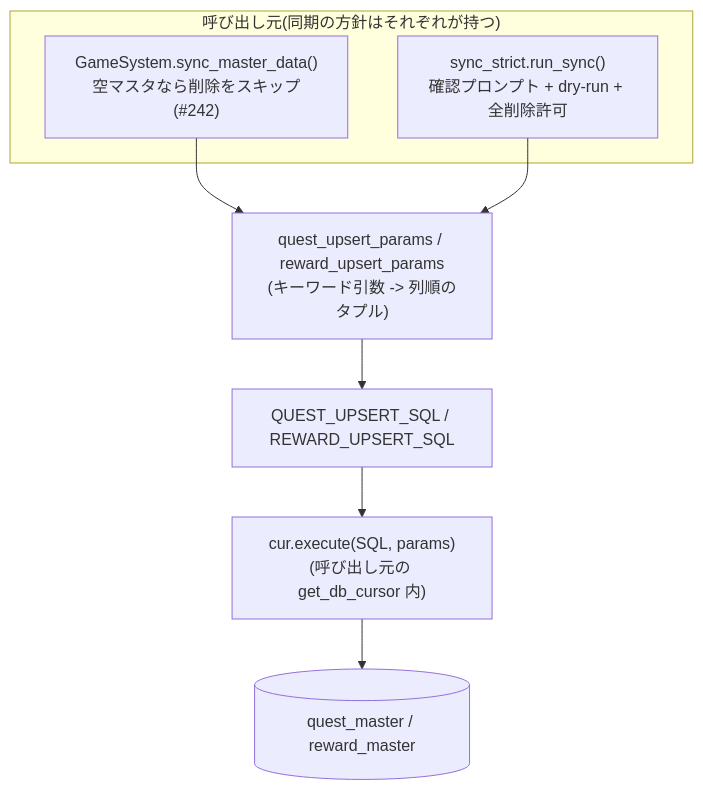
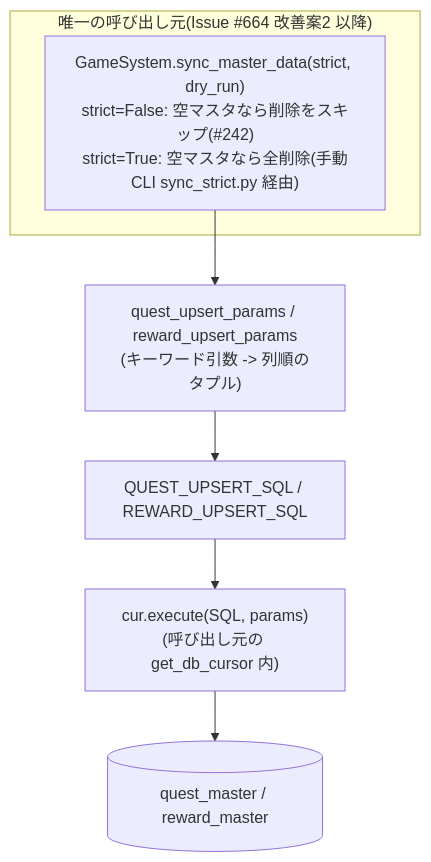
One commit to mmtigers/my_python_project changed the first of 2 diagrams in docs/specifications/MY_HOME_SYSTEM/quest_master_sync_sql.md. Above: the diagram before and after it, drawn with Mermaid. The commit also changed other lines of this file and 7 other files, not shown here.

First line of the commit message:
refactor(quest): sync_strict.py を GameSystem.sync_master_data(strict=True) へ統合する (#664) (#691)

````diff
--- a/docs/specifications/MY_HOME_SYSTEM/quest_master_sync_sql.md
+++ b/docs/specifications/MY_HOME_SYSTEM/quest_master_sync_sql.md
@@ -113,13 +115,11 @@
 ```mermaid
 flowchart TD
-    subgraph Callers["呼び出し元(同期の方針はそれぞれが持つ)"]
-        GS["GameSystem.sync_master_data()<br/>空マスタなら削除をスキップ(#242)"]
-        SS["sync_strict.run_sync()<br/>確認プロンプト + dry-run + 全削除許可"]
+    subgraph Callers["唯一の呼び出し元(Issue #664 改善案2 以降)"]
+        GS["GameSystem.sync_master_data(strict, dry_run)<br/>strict=False: 空マスタなら削除をスキップ(#242)<br/>strict=True: 空マスタなら全削除(手動CLI sync_strict.py 経由)"]
     end
 
     GS --> Params["quest_upsert_params / reward_upsert_params<br/>(キーワード引数 -> 列順のタプル)"]
-    SS --> Params
     Params --> SQL["QUEST_UPSERT_SQL / REWARD_UPSERT_SQL"]
     SQL --> Exec["cur.execute(SQL, params)<br/>(呼び出し元の get_db_cursor 内)"]
     Exec --> DB[("quest_master / reward_master")]
 ```
````
